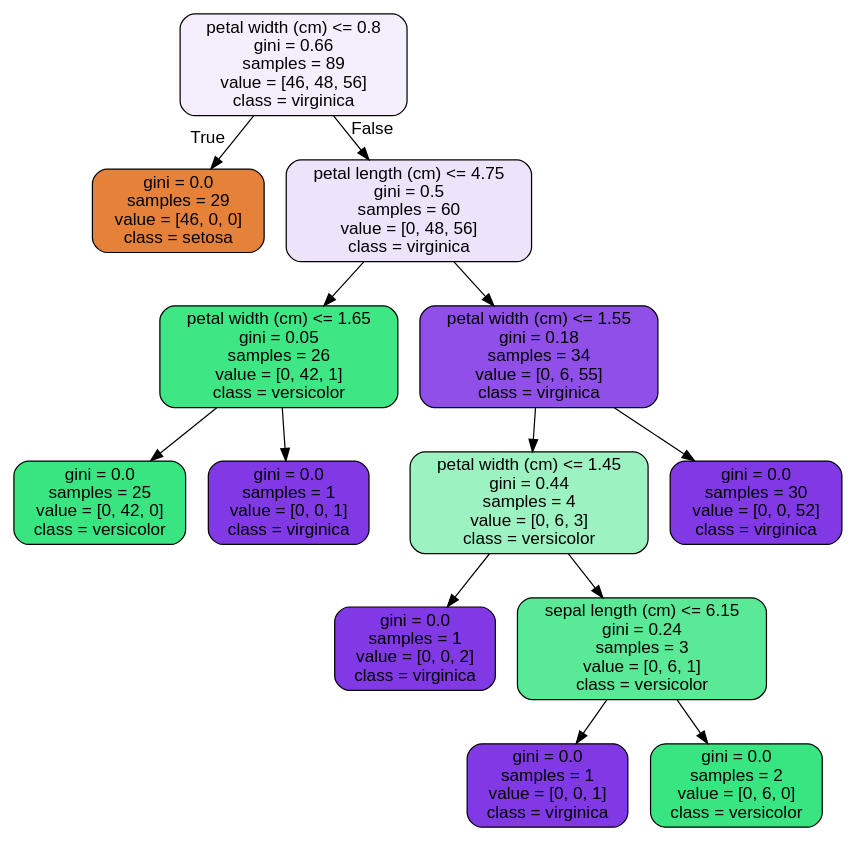
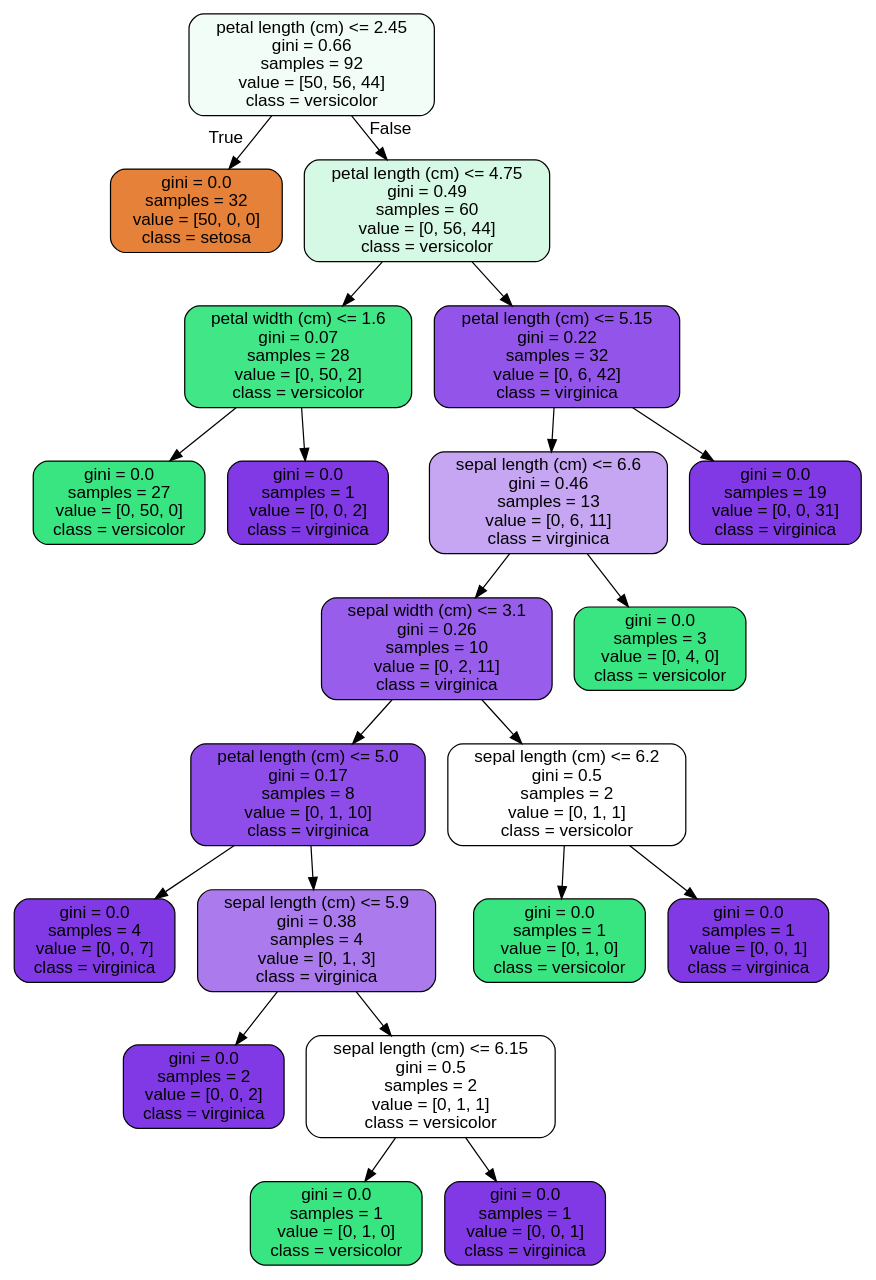
Before and after one commit to pauljacob/mini_projects: the diagram in RandomForest Covid Case Study_06302020/tree.dot, drawn with Graphviz. The commit also changed 2 other files, not shown here.

```diff
--- a/RandomForest Covid Case Study_06302020/tree.dot
+++ b/RandomForest Covid Case Study_06302020/tree.dot
@@ -1,29 +1,45 @@
 digraph Tree {
 node [shape=box, style="filled, rounded", color="black", fontname=helvetica] ;
 edge [fontname=helvetica] ;
-0 [label="petal width (cm) <= 0.8\ngini = 0.66\nsamples = 89\nvalue = [46, 48, 56]\nclass = virginica", fillcolor="#f5effd"] ;
-1 [label="gini = 0.0\nsamples = 29\nvalue = [46, 0, 0]\nclass = setosa", fillcolor="#e58139"] ;
+0 [label="petal length (cm) <= 2.45\ngini = 0.66\nsamples = 92\nvalue = [50, 56, 44]\nclass = versicolor", fillcolor="#f3fdf7"] ;
+1 [label="gini = 0.0\nsamples = 32\nvalue = [50, 0, 0]\nclass = setosa", fillcolor="#e58139"] ;
 0 -> 1 [labeldistance=2.5, labelangle=45, headlabel="True"] ;
-2 [label="petal length (cm) <= 4.75\ngini = 0.5\nsamples = 60\nvalue = [0, 48, 56]\nclass = virginica", fillcolor="#ede3fb"] ;
+2 [label="petal length (cm) <= 4.75\ngini = 0.49\nsamples = 60\nvalue = [0, 56, 44]\nclass = versicolor", fillcolor="#d5f9e4"] ;
 0 -> 2 [labeldistance=2.5, labelangle=-45, headlabel="False"] ;
-3 [label="petal width (cm) <= 1.65\ngini = 0.05\nsamples = 26\nvalue = [0, 42, 1]\nclass = versicolor", fillcolor="#3ee684"] ;
+3 [label="petal width (cm) <= 1.6\ngini = 0.07\nsamples = 28\nvalue = [0, 50, 2]\nclass = versicolor", fillcolor="#41e686"] ;
 2 -> 3 ;
-4 [label="gini = 0.0\nsamples = 25\nvalue = [0, 42, 0]\nclass = versicolor", fillcolor="#39e581"] ;
+4 [label="gini = 0.0\nsamples = 27\nvalue = [0, 50, 0]\nclass = versicolor", fillcolor="#39e581"] ;
 3 -> 4 ;
-5 [label="gini = 0.0\nsamples = 1\nvalue = [0, 0, 1]\nclass = virginica", fillcolor="#8139e5"] ;
+5 [label="gini = 0.0\nsamples = 1\nvalue = [0, 0, 2]\nclass = virginica", fillcolor="#8139e5"] ;
 3 -> 5 ;
-6 [label="petal width (cm) <= 1.55\ngini = 0.18\nsamples = 34\nvalue = [0, 6, 55]\nclass = virginica", fillcolor="#8f4fe8"] ;
+6 [label="petal length (cm) <= 5.15\ngini = 0.22\nsamples = 32\nvalue = [0, 6, 42]\nclass = virginica", fillcolor="#9355e9"] ;
 2 -> 6 ;
-7 [label="petal width (cm) <= 1.45\ngini = 0.44\nsamples = 4\nvalue = [0, 6, 3]\nclass = versicolor", fillcolor="#9cf2c0"] ;
+7 [label="sepal length (cm) <= 6.6\ngini = 0.46\nsamples = 13\nvalue = [0, 6, 11]\nclass = virginica", fillcolor="#c6a5f3"] ;
 6 -> 7 ;
-8 [label="gini = 0.0\nsamples = 1\nvalue = [0, 0, 2]\nclass = virginica", fillcolor="#8139e5"] ;
+8 [label="sepal width (cm) <= 3.1\ngini = 0.26\nsamples = 10\nvalue = [0, 2, 11]\nclass = virginica", fillcolor="#985dea"] ;
 7 -> 8 ;
-9 [label="sepal length (cm) <= 6.15\ngini = 0.24\nsamples = 3\nvalue = [0, 6, 1]\nclass = versicolor", fillcolor="#5ae996"] ;
-7 -> 9 ;
-10 [label="gini = 0.0\nsamples = 1\nvalue = [0, 0, 1]\nclass = virginica", fillcolor="#8139e5"] ;
+9 [label="petal length (cm) <= 5.0\ngini = 0.17\nsamples = 8\nvalue = [0, 1, 10]\nclass = virginica", fillcolor="#8e4de8"] ;
+8 -> 9 ;
+10 [label="gini = 0.0\nsamples = 4\nvalue = [0, 0, 7]\nclass = virginica", fillcolor="#8139e5"] ;
 9 -> 10 ;
-11 [label="gini = 0.0\nsamples = 2\nvalue = [0, 6, 0]\nclass = versicolor", fillcolor="#39e581"] ;
+11 [label="sepal length (cm) <= 5.9\ngini = 0.38\nsamples = 4\nvalue = [0, 1, 3]\nclass = virginica", fillcolor="#ab7bee"] ;
 9 -> 11 ;
-12 [label="gini = 0.0\nsamples = 30\nvalue = [0, 0, 52]\nclass = virginica", fillcolor="#8139e5"] ;
-6 -> 12 ;
+12 [label="gini = 0.0\nsamples = 2\nvalue = [0, 0, 2]\nclass = virginica", fillcolor="#8139e5"] ;
+11 -> 12 ;
+13 [label="sepal length (cm) <= 6.15\ngini = 0.5\nsamples = 2\nvalue = [0, 1, 1]\nclass = versicolor", fillcolor="#ffffff"] ;
+11 -> 13 ;
+14 [label="gini = 0.0\nsamples = 1\nvalue = [0, 1, 0]\nclass = versicolor", fillcolor="#39e581"] ;
+13 -> 14 ;
+15 [label="gini = 0.0\nsamples = 1\nvalue = [0, 0, 1]\nclass = virginica", fillcolor="#8139e5"] ;
+13 -> 15 ;
+16 [label="sepal length (cm) <= 6.2\ngini = 0.5\nsamples = 2\nvalue = [0, 1, 1]\nclass = versicolor", fillcolor="#ffffff"] ;
+8 -> 16 ;
+17 [label="gini = 0.0\nsamples = 1\nvalue = [0, 1, 0]\nclass = versicolor", fillcolor="#39e581"] ;
+16 -> 17 ;
+18 [label="gini = 0.0\nsamples = 1\nvalue = [0, 0, 1]\nclass = virginica", fillcolor="#8139e5"] ;
+16 -> 18 ;
+19 [label="gini = 0.0\nsamples = 3\nvalue = [0, 4, 0]\nclass = versicolor", fillcolor="#39e581"] ;
+7 -> 19 ;
+20 [label="gini = 0.0\nsamples = 19\nvalue = [0, 0, 31]\nclass = virginica", fillcolor="#8139e5"] ;
+6 -> 20 ;
 }
```
